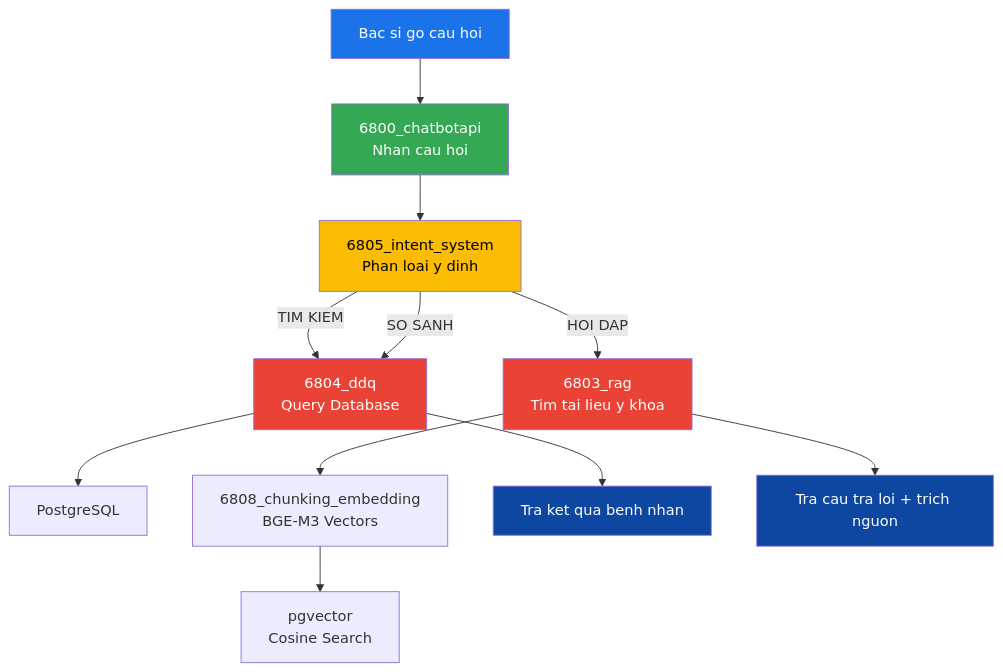
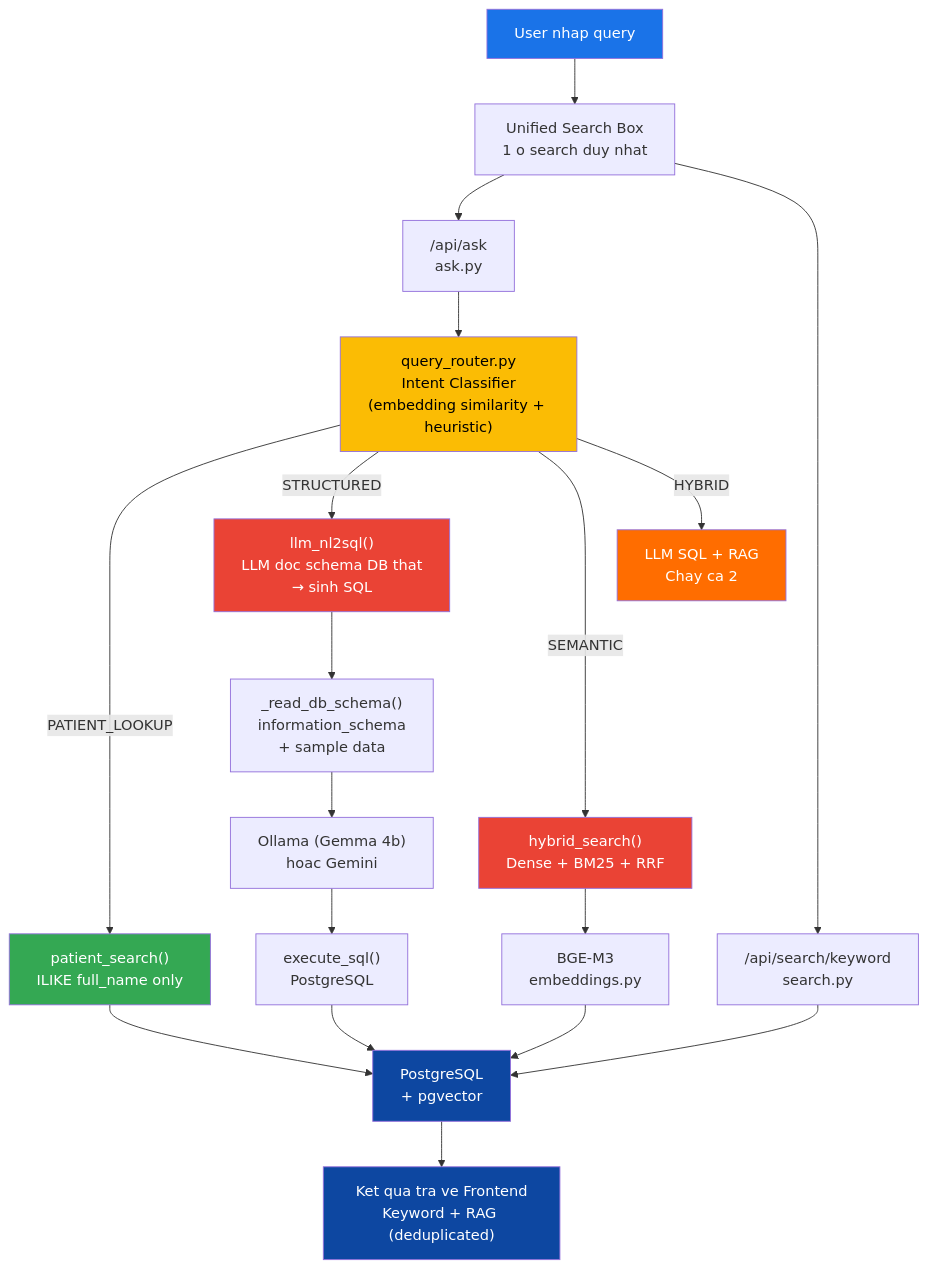
The second of 5 diagrams in README.md (HoangDLongg/pacs-long), drawn with Mermaid before and after one commit. The commit also changed other lines of this file and 35 other files, not shown here.

First line of the commit message:
feat: RAG search engine (hybrid + NL2SQL) + prepare Graph RAG pipeline

````diff
--- a/README.md
+++ b/README.md
@@ -69,24 +69,34 @@
 ```mermaid
 graph TD
-    Q["Bac si go cau hoi"] --> CHATBOT["6800_chatbotapi<br/>Nhan cau hoi"]
-    CHATBOT --> INTENT["6805_intent_system<br/>Phan loai y dinh"]
+    Q["User nhap query"] --> SEARCH["Unified Search Box<br/>1 o search duy nhat"]
+    SEARCH --> ASK["/api/ask<br/>ask.py"]
+    SEARCH --> KW["/api/search/keyword<br/>search.py"]
 
-    INTENT -->|TIM KIEM| DDQ["6804_ddq<br/>Query Database"]
-    INTENT -->|HOI DAP| RAG["6803_rag<br/>Tim tai lieu y khoa"]
-    INTENT -->|SO SANH| DDQ
+    ASK --> ROUTER["query_router.py<br/>Intent Classifier<br/>(embedding similarity + heuristic)"]
 
-    DDQ --> DB["PostgreSQL"]
-    RAG --> EMB["6808_chunking_embedding<br/>BGE-M3 Vectors"]
-    EMB --> VECTOR["pgvector<br/>Cosine Search"]
+    ROUTER -->|PATIENT_LOOKUP| PS["patient_search()<br/>ILIKE full_name only"]
+    ROUTER -->|STRUCTURED| LLM["llm_nl2sql()<br/>LLM doc schema DB that<br/>→ sinh SQL"]
+    ROUTER -->|SEMANTIC| RAG["hybrid_search()<br/>Dense + BM25 + RRF"]
+    ROUTER -->|HYBRID| BOTH["LLM SQL + RAG<br/>Chay ca 2"]
 
-    DDQ --> RESULT1["Tra ket qua benh nhan"]
-    RAG --> RESULT2["Tra cau tra loi + trich nguon"]
+    LLM --> SCHEMA["_read_db_schema()<br/>information_schema<br/>+ sample data"]
+    SCHEMA --> OLLAMA["Ollama (Gemma 4b)<br/>hoac Gemini"]
+    OLLAMA --> EXEC["execute_sql()<br/>PostgreSQL"]
+
+    PS --> DB["PostgreSQL<br/>+ pgvector"]
+    RAG --> EMB["BGE-M3<br/>embeddings.py"]
+    EMB --> DB
+    KW --> DB
+    EXEC --> DB
+
+    DB --> RESULT["Ket qua tra ve Frontend<br/>Keyword + RAG (deduplicated)"]
 
     style Q fill:#1a73e8,color:#fff
-    style CHATBOT fill:#34a853,color:#fff
-    style INTENT fill:#fbbc04,color:#000
-    style DDQ fill:#ea4335,color:#fff
+    style ROUTER fill:#fbbc04,color:#000
+    style PS fill:#34a853,color:#fff
+    style LLM fill:#ea4335,color:#fff
     style RAG fill:#ea4335,color:#fff
-    style RESULT1 fill:#0d47a1,color:#fff
-    style RESULT2 fill:#0d47a1,color:#fff
+    style BOTH fill:#ff6d00,color:#fff
+    style DB fill:#0d47a1,color:#fff
+    style RESULT fill:#0d47a1,color:#fff
 ```
````
